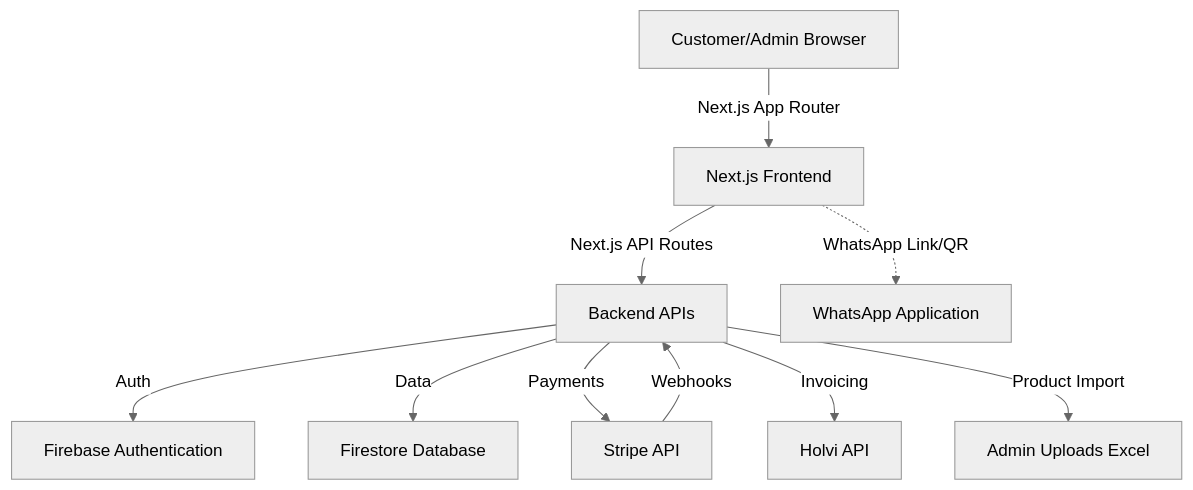
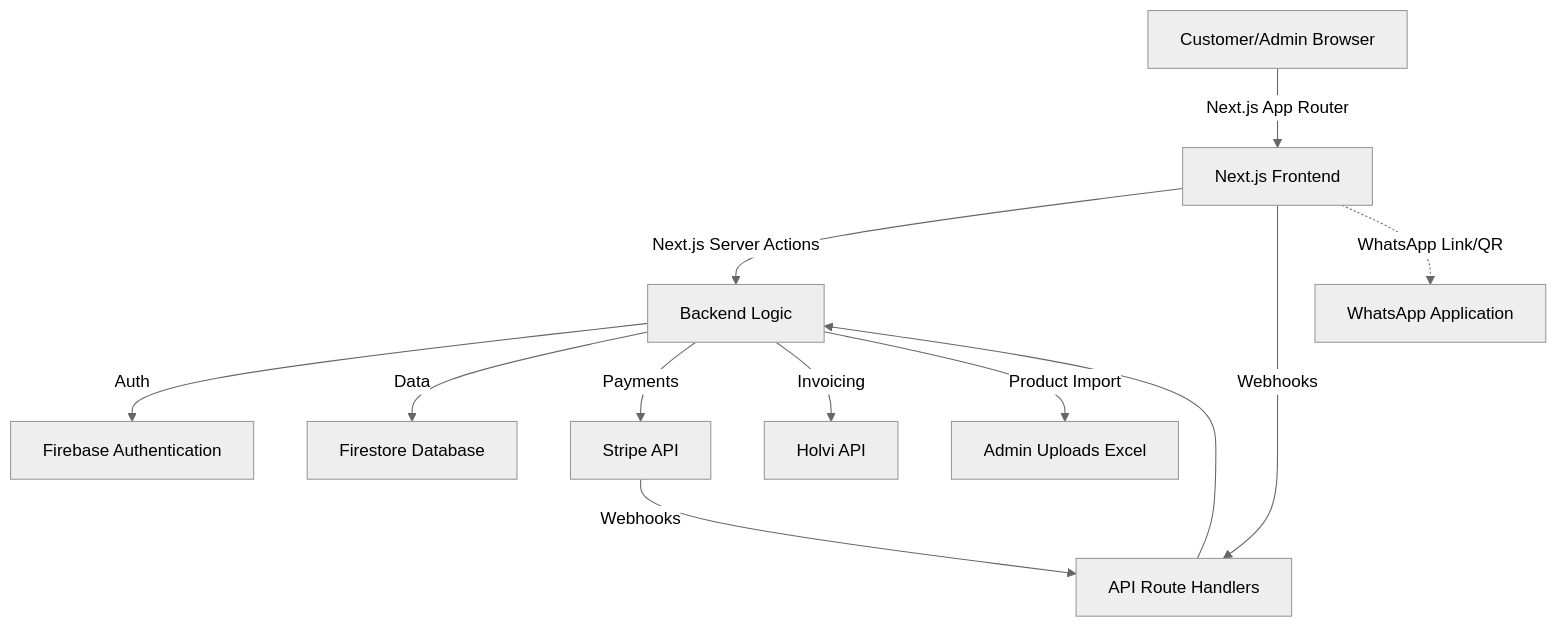
Before and after one commit to ristovuorinen2/eqilo: the diagram in docs/eqilo-architecture.md, drawn with Mermaid (neutral theme). The commit also changed other lines of this file, not shown here.

Commit message:
docs: modernize architecture plan using Next.js Server Actions based on Context7 best practices

````diff
--- a/docs/eqilo-architecture.md
+++ b/docs/eqilo-architecture.md
@@ -23,15 +23,17 @@
 ```mermaid
 graph TD
     Client[Customer/Admin Browser] -->|Next.js App Router| Frontend[Next.js Frontend]
-    Frontend -->|Next.js API Routes| Backend[Backend APIs]
+    Frontend -->|Next.js Server Actions| Backend[Backend Logic]
+    Frontend -->|Webhooks| API[API Route Handlers]
     
     Backend -->|Auth| FirebaseAuth[Firebase Authentication]
     Backend -->|Data| Firestore[Firestore Database]
     
     Backend -->|Payments| Stripe[Stripe API]
     Backend -->|Invoicing| Holvi[Holvi API]
     Backend -->|Product Import| Admin[Admin Uploads Excel]
     
     Frontend -.->|WhatsApp Link/QR| WhatsAppApp[WhatsApp Application]
-    Stripe -->|Webhooks| Backend
+    Stripe -->|Webhooks| API
+    API --> Backend
 ```
````
